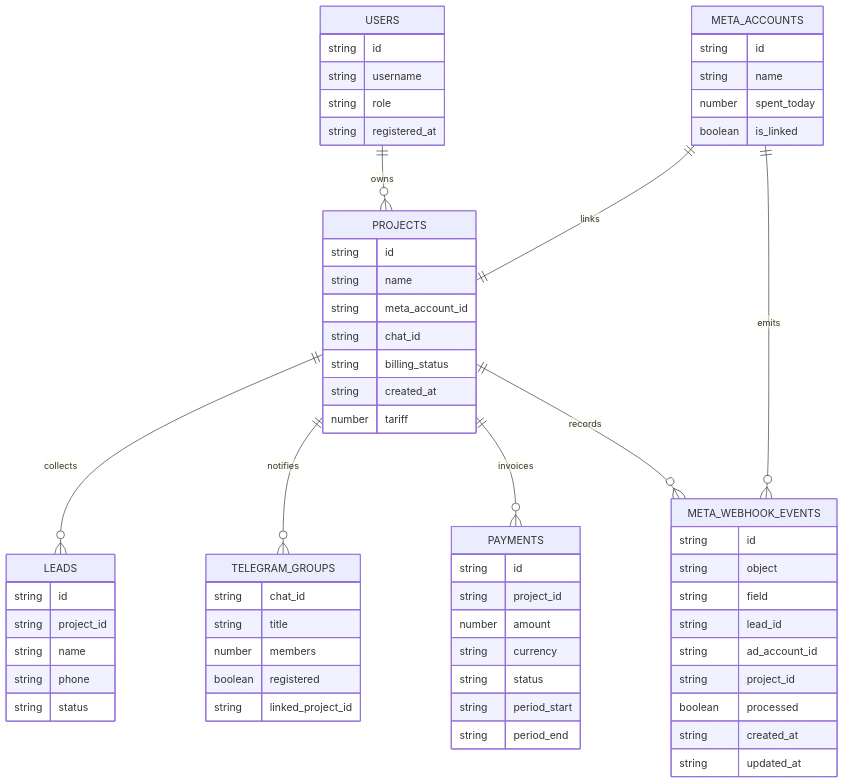
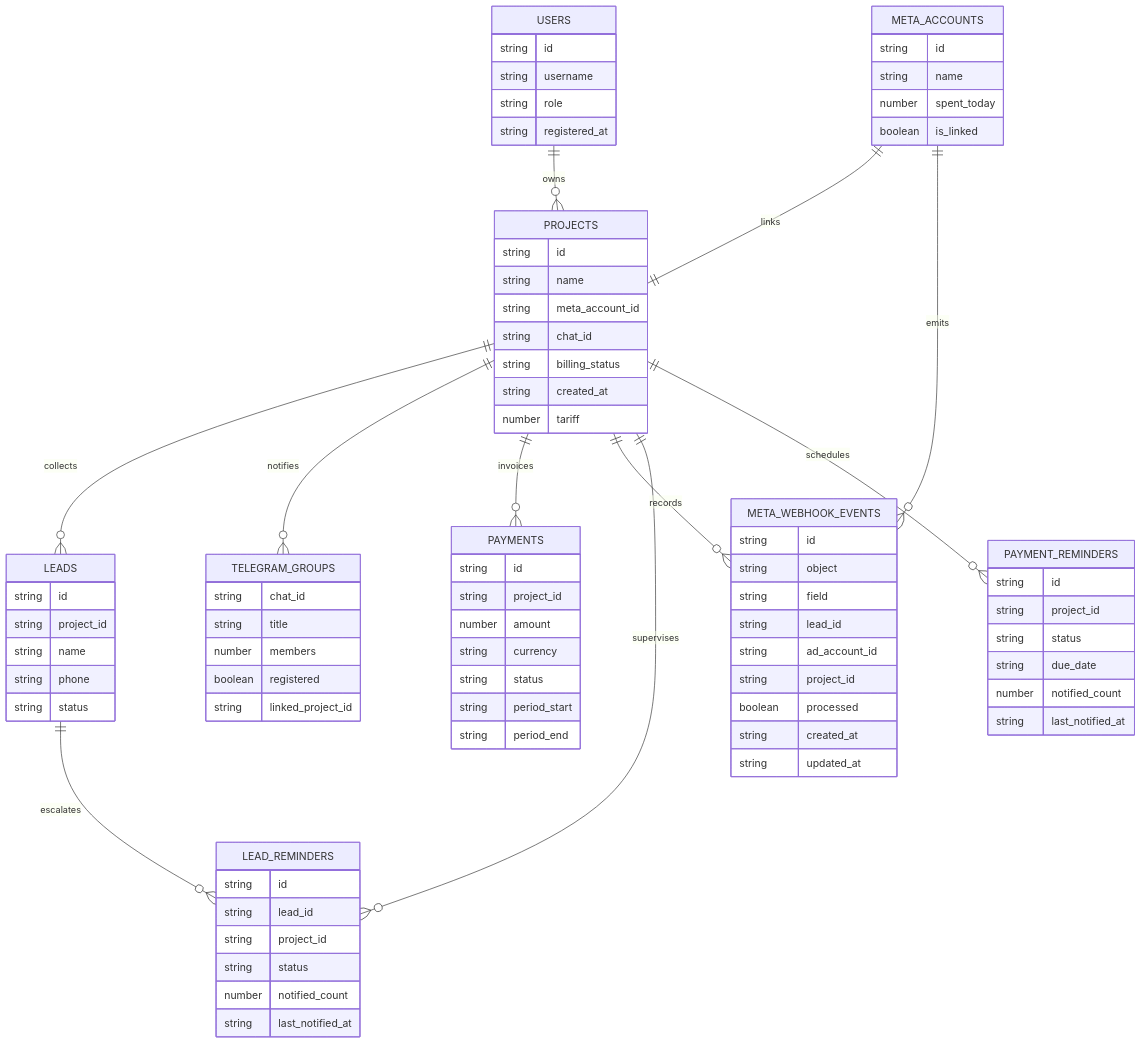
The third of 3 diagrams in README.md (buyclientuz-pixel/targetbot), drawn with Mermaid before and after one commit. The commit also changed other lines of this file and 9 other files, not shown here.

Commit message:
feat: automate lead and billing reminders

````diff
--- a/README.md
+++ b/README.md
@@ -151,6 +152,9 @@
     PROJECTS ||--o{ PAYMENTS : invoices
     META_ACCOUNTS ||--o{ META_WEBHOOK_EVENTS : emits
     PROJECTS ||--o{ META_WEBHOOK_EVENTS : records
+    LEADS ||--o{ LEAD_REMINDERS : escalates
+    PROJECTS ||--o{ LEAD_REMINDERS : supervises
+    PROJECTS ||--o{ PAYMENT_REMINDERS : schedules
 
     USERS {
         string id
@@ -207,4 +211,20 @@
         string created_at
         string updated_at
     }
+    LEAD_REMINDERS {
+        string id
+        string lead_id
+        string project_id
+        string status
+        number notified_count
+        string last_notified_at
+    }
+    PAYMENT_REMINDERS {
+        string id
+        string project_id
+        string status
+        string due_date
+        number notified_count
+        string last_notified_at
+    }
 ```
````
